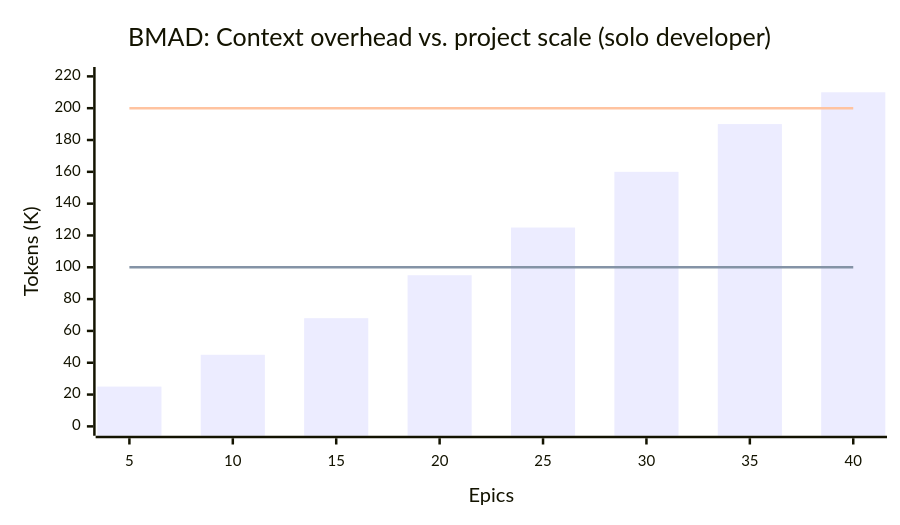
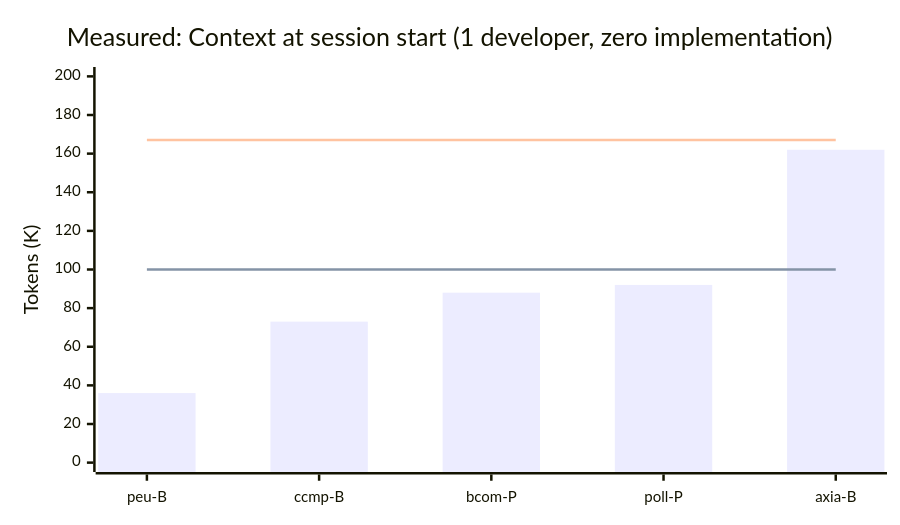
Before and after one commit to slabgorb/orc-penny: the ninth of 20 diagrams in docs/lifecycle-improvement-rs.md, drawn with Mermaid. The commit also changed other lines of this file and 1 other file, not shown here.

First line of the commit message:
docs: ground charts in measured data, add spike repo separation

````diff
--- a/docs/lifecycle-improvement-rs.md
+++ b/docs/lifecycle-improvement-rs.md
@@ -446,19 +448,19 @@
 ```mermaid
 ---
 config:
   xyChart:
     width: 700
     height: 400
     xAxis:
       labelFontSize: 12
     yAxis:
       labelFontSize: 12
 ---
 xychart-beta
-    title "BMAD: Context overhead vs. project scale (solo developer)"
-    x-axis "Epics" [5, 10, 15, 20, 25, 30, 35, 40]
-    y-axis "Tokens (K)" 0 --> 220
-    bar [25, 45, 68, 95, 125, 160, 190, 210]
-    line [100, 100, 100, 100, 100, 100, 100, 100]
-    line [200, 200, 200, 200, 200, 200, 200, 200]
+    title "Measured: Context at session start (1 developer, zero implementation)"
+    x-axis [peu-B, ccmp-B, bcom-P, poll-P, axia-B]
+    y-axis "Tokens (K)" 0 --> 200
+    bar [36, 73, 88, 92, 162]
+    line [100, 100, 100, 100, 100]
+    line [167, 167, 167, 167, 167]
 ```
````
